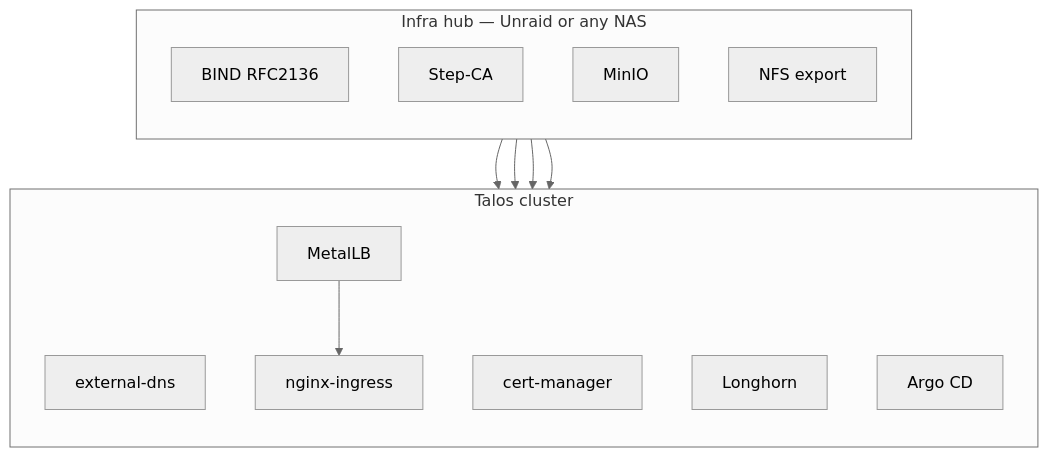
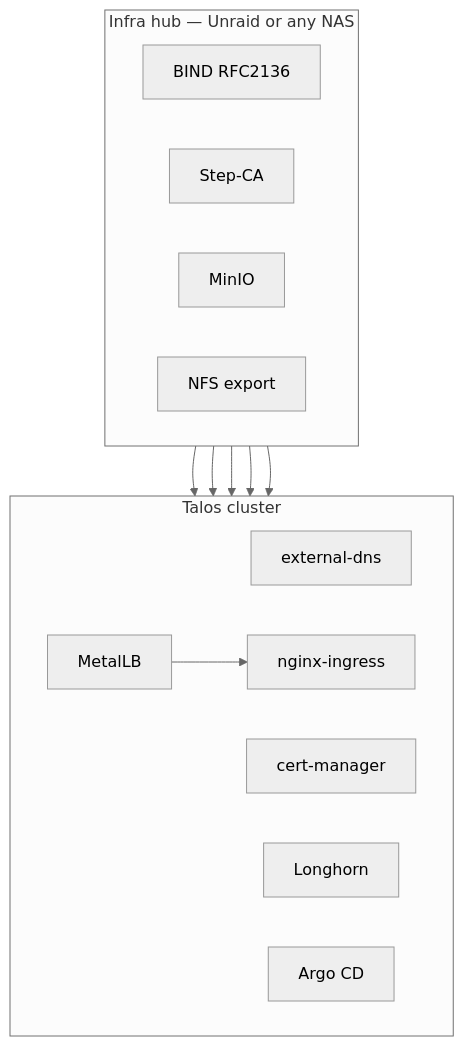
Before and after one commit to jslay88/homelab-gitops-starter: the second of 3 diagrams in docs/architecture.md, drawn with Mermaid (neutral theme).

Commit message:
Force the cluster-vs-NAS mermaid to stack hub above the cluster.
Cross-box arrows made Mermaid draw the two subgraphs side by side even
with flowchart TB; link the subgraphs and keep services in a row.

````diff
--- a/docs/architecture.md
+++ b/docs/architecture.md
@@ -29,22 +29,23 @@
 ```mermaid
 flowchart TB
   subgraph hub["Infra hub — Unraid or any NAS"]
-    direction TB
+    direction LR
     Bind[BIND RFC2136]
     StepCA[Step-CA]
     Minio[MinIO]
     Nfs[NFS export]
   end
   subgraph cluster["Talos cluster"]
-    direction TB
+    direction LR
     Edns[external-dns]
     Cm[cert-manager]
     Lh[Longhorn]
     Mlb[MetalLB] --> Ing[nginx-ingress]
     Argo[Argo CD]
   end
+  hub --> cluster
   Bind --> Edns
   StepCA --> Cm
   Minio --> Lh
   Nfs --> Lh
 ```
````
